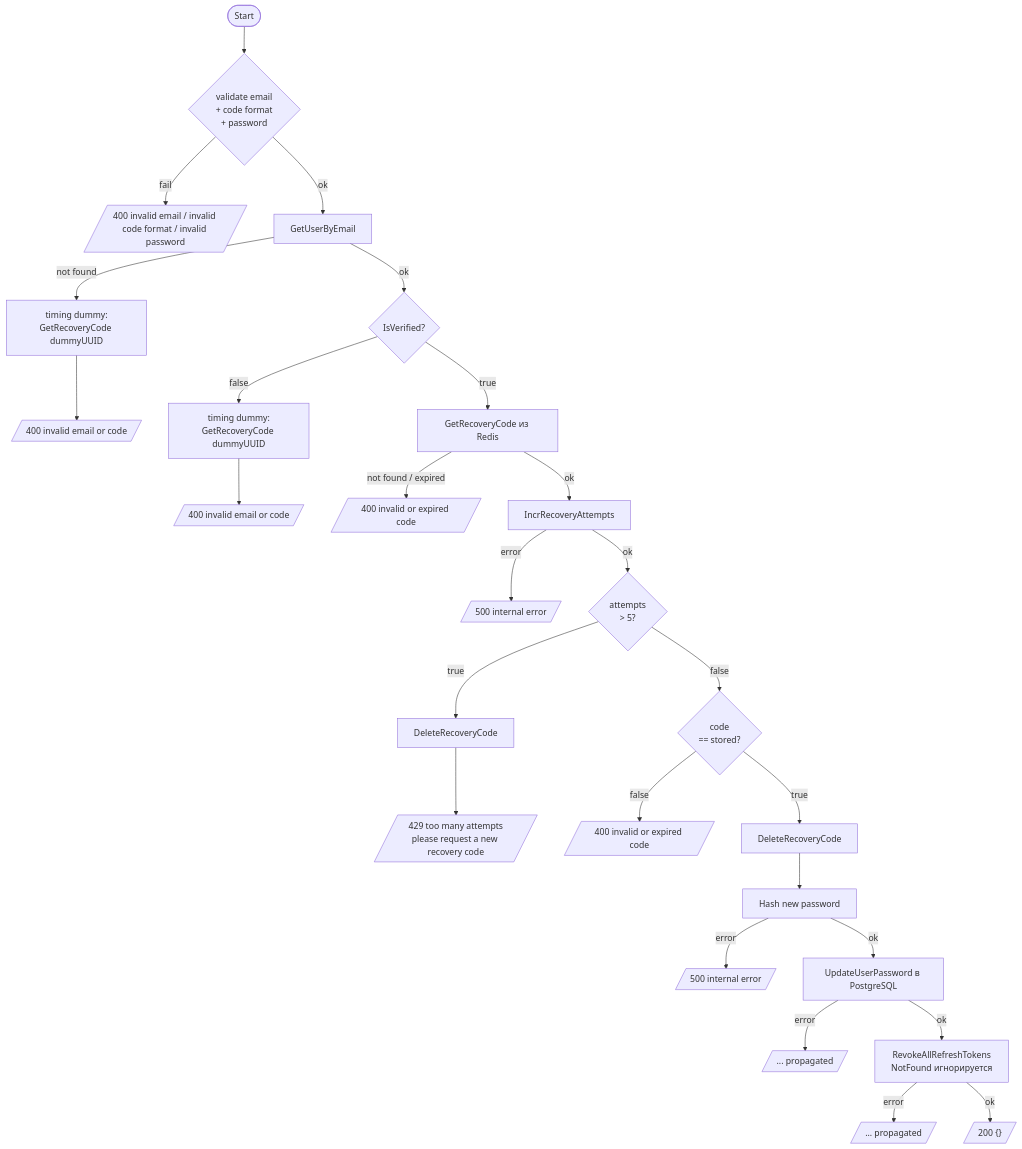
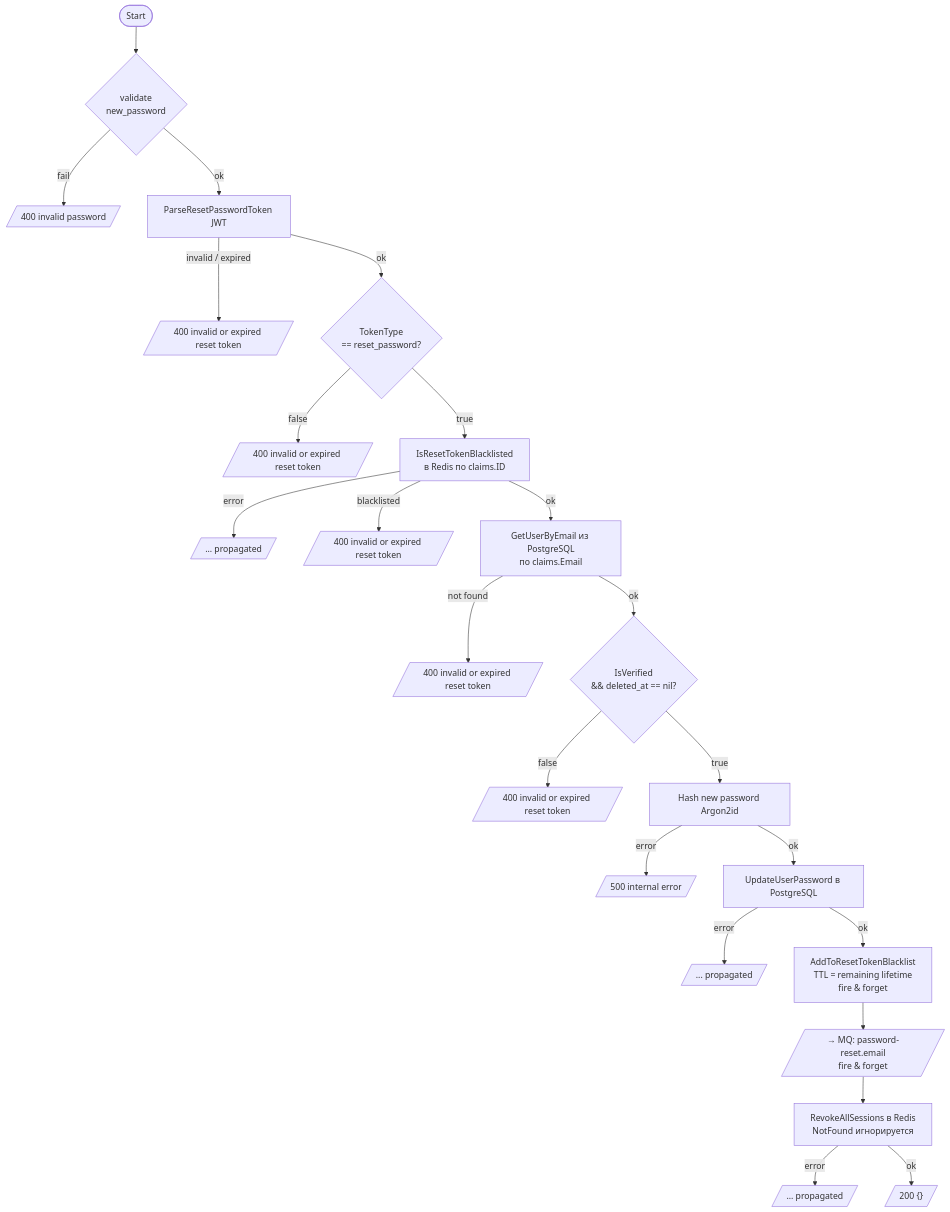
One commit to unwelcome/FrameWorkTask1 changed the sixth of 10 diagrams in backend/auth/docs/flows.md. Above: the diagram before and after it, drawn with Mermaid. The commit also changed other lines of this file and 18 other files, not shown here.

Commit message:
review(auth_service): rename tokens methods to sessions methods, with a sole exception of RefreshToken, of course

````diff
--- a/backend/auth/docs/flows.md
+++ b/backend/auth/docs/flows.md
@@ -123,35 +185,31 @@
 ```mermaid
 flowchart TD
-    A([Start]) --> V1{validate email\n+ code format\n+ password}
-    V1 -->|fail| E1[/"400 invalid email / invalid code format / invalid password"/]
+    A([Start]) --> V1{validate\nnew_password}
+    V1 -->|fail| E1[/"400 invalid password"/]
 
-    V1 -->|ok| DB1[GetUserByEmail]
-    DB1 -->|not found| DUMMY1[timing dummy:\nGetRecoveryCode dummyUUID]
-    DUMMY1 --> E2[/"400 invalid email or code"/]
+    V1 -->|ok| PT[ParseResetPasswordToken JWT]
+    PT -->|invalid / expired| E2[/"400 invalid or expired reset token"/]
 
-    DB1 -->|ok| VER{IsVerified?}
-    VER -->|false| DUMMY2[timing dummy:\nGetRecoveryCode dummyUUID]
-    DUMMY2 --> E3[/"400 invalid email or code"/]
+    PT -->|ok| TTP{TokenType\n== reset_password?}
+    TTP -->|false| E3[/"400 invalid or expired reset token"/]
 
-    VER -->|true| RD1[GetRecoveryCode из Redis]
-    RD1 -->|not found / expired| E4[/"400 invalid or expired code"/]
+    TTP -->|true| BL1[IsResetTokenBlacklisted\nв Redis по claims.ID]
+    BL1 -->|error| E4[/"... propagated"/]
+    BL1 -->|blacklisted| E5[/"400 invalid or expired reset token"/]
 
-    RD1 -->|ok| INC[IncrRecoveryAttempts]
-    INC -->|error| E5[/"500 internal error"/]
+    BL1 -->|ok| DB1[GetUserByEmail из PostgreSQL\nпо claims.Email]
+    DB1 -->|not found| E6[/"400 invalid or expired reset token"/]
 
-    INC -->|ok| ATT{attempts\n> 5?}
-    ATT -->|true| DEL1[DeleteRecoveryCode]
-    DEL1 --> E6[/"429 too many attempts\nplease request a new recovery code"/]
+    DB1 -->|ok| CHK{"IsVerified\n&& deleted_at == nil?"}
+    CHK -->|false| E7[/"400 invalid or expired reset token"/]
 
-    ATT -->|false| CMP{code\n== stored?}
-    CMP -->|false| E7[/"400 invalid or expired code"/]
-
-    CMP -->|true| DEL2[DeleteRecoveryCode]
-    DEL2 --> HASH[Hash new password]
+    CHK -->|true| HASH[Hash new password Argon2id]
     HASH -->|error| E8[/"500 internal error"/]
     HASH -->|ok| DB2[UpdateUserPassword в PostgreSQL]
     DB2 -->|error| E9[/"... propagated"/]
-    DB2 -->|ok| RVK[RevokeAllRefreshTokens\nNotFound игнорируется]
+    DB2 -->|ok| BL2["AddToResetTokenBlacklist\nTTL = remaining lifetime\nfire & forget"]
+    BL2 --> MQ[/"→ MQ: password-reset.email\nfire & forget"/]
+    MQ --> RVK[RevokeAllSessions в Redis\nNotFound игнорируется]
     RVK -->|error| E10[/"... propagated"/]
     RVK -->|ok| OK[/"200 {}"/]
 ```
````
